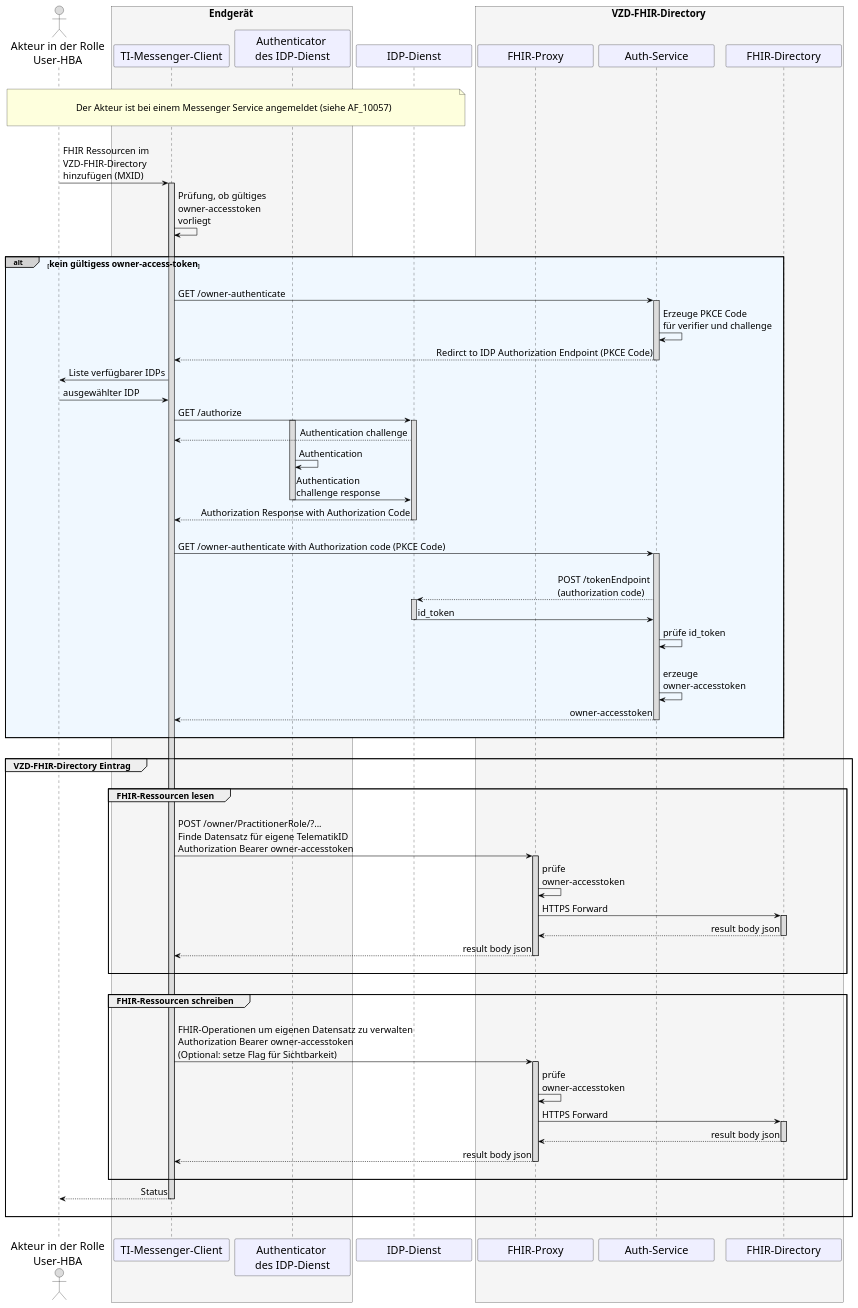
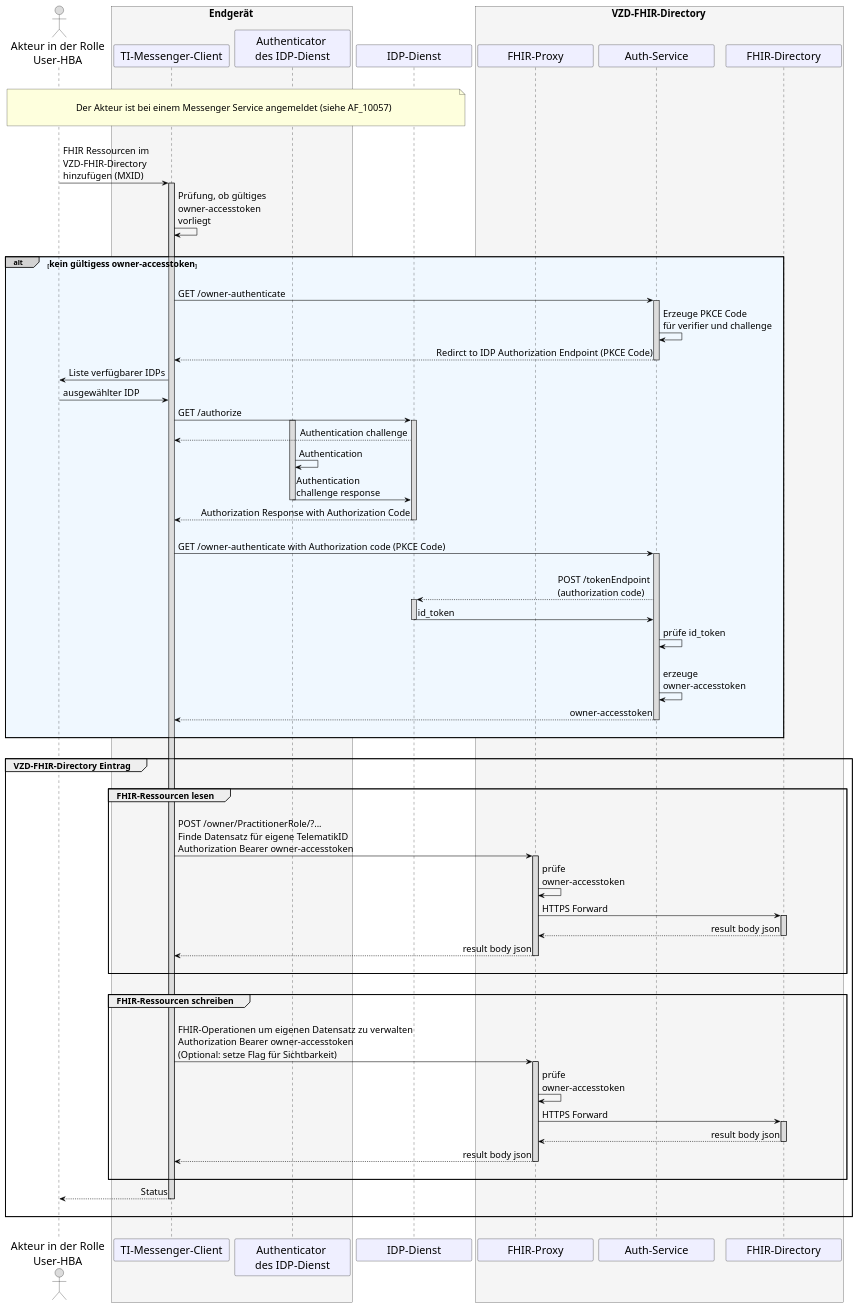
The diagram in src/plantuml/TI-Messenger-Dienst/Ressourcen/UC_10058_Seq.puml (gematik/api-ti-messenger), drawn with PlantUML before and after one commit.

```diff
--- a/src/plantuml/TI-Messenger-Dienst/Ressourcen/UC_10058_Seq.puml
+++ b/src/plantuml/TI-Messenger-Dienst/Ressourcen/UC_10058_Seq.puml
@@ -9,128 +9,128 @@
 @startuml
 skinparam sequenceMessageAlign direction
 skinparam minClassWidth 200
 skinparam BoxPadding 1
 skinparam sequenceReferenceHeaderBackgroundColor palegreen
 scale max 2048 width
 
 skinparam sequence {
 ArrowColor black
 ArrowFontSize 17
 ActorBorderColor black
 LifeLineBorderColor black
 LifeLineBackgroundColor Gainsboro
 
 ParticipantBorderColor Motivation
 ParticipantBackgroundColor Motivation
 ParticipantFontName Impact
 ParticipantFontSize 20
 ParticipantFontColor black
 ParticipantBorderColor Black
 ParticipantBackgroundColor MOTIVATION
 
 ActorBackgroundColor Gainsboro
 ActorFontColor black
 ActorFontSize 20
 ActorFontName Aapex
 }
     actor U as "Akteur in der Rolle\nUser-HBA"
     box <size:18>Endgerät</size> #WhiteSmoke
       participant C as "TI-Messenger-Client"
       participant A as "Authenticator \ndes IDP-Dienst"
     end box
     participant I as "IDP-Dienst" 
     box <size:18>VZD-FHIR-Directory</size> #WhiteSmoke
       participant FP as "FHIR-Proxy"
       participant Auth as "Auth-Service"
       participant VZD as "FHIR-Directory"
     end box
 
 |||
 note over U, I: \n<size:17>Der Akteur ist bei einem Messenger Service angemeldet (siehe AF_10057)</size>\n
 |||
 
 U->C: FHIR Ressourcen im \nVZD-FHIR-Directory \nhinzufügen (MXID)
   Activate C
 C->C: Prüfung, ob gültiges \nowner-accesstoken \nvorliegt
 
 |||
-alt#LightGrey #AliceBlue <size:16>kein gültigess owner-access-token</size>
+alt#LightGrey #AliceBlue <size:16>kein gültigess owner-accesstoken</size>
 |||
 
   C->Auth: GET /owner-authenticate
     Activate Auth
   Auth->Auth: Erzeuge PKCE Code \nfür verifier und challenge
   Auth-->C: Redirct to IDP Authorization Endpoint (PKCE Code)
     Deactivate Auth
 
   C->U: Liste verfügbarer IDPs
   U->C: ausgewählter IDP
     
   C->I: GET /authorize
     Activate A
     Activate I
   I-->C: Authentication challenge
   A->A: Authentication
   A->I: Authentication \nchallenge response
     Deactivate A
   I-->C: Authorization Response with Authorization Code
     Deactivate I
        
   |||          
   C->Auth: GET /owner-authenticate with Authorization code (PKCE Code)
     Activate Auth
   |||
   Auth-->I: POST /tokenEndpoint\n(authorization code)
     Activate I
   I->Auth: id_token
     Deactivate I
   Auth->Auth: prüfe id_token
   |||
   Auth->Auth: erzeuge \nowner-accesstoken
   Auth-->C: owner-accesstoken
     Deactivate Auth
   |||
 end
       
 |||
 
 group <size:16>VZD-FHIR-Directory Eintrag</size>
   |||
   group <size:16>FHIR-Ressourcen lesen</size>
   |||
   C->FP: POST /owner/PractitionerRole/?... \nFinde Datensatz für eigene TelematikID \nAuthorization Bearer owner-accesstoken
     Activate FP
   FP->FP: prüfe \nowner-accesstoken
   FP->VZD: HTTPS Forward
     Activate VZD
   VZD-->FP: result body json
     Deactivate VZD
   FP-->C: result body json
     Deactivate FP
   |||
   end
     
   |||
   group <size:16>FHIR-Ressourcen schreiben</size>
   |||
   C->FP: FHIR-Operationen um eigenen Datensatz zu verwalten \nAuthorization Bearer owner-accesstoken \n(Optional: setze Flag für Sichtbarkeit)
     Activate FP
   FP->FP: prüfe \nowner-accesstoken
   FP->VZD: HTTPS Forward
     Activate VZD
   VZD-->FP: result body json
     Deactivate VZD
   FP-->C: result body json
     Deactivate FP
      
   |||
   end
 
   C-->U: Status    
     Deactivate C
   |||
 end
 |||
 
   Deactivate C
 @enduml
```
